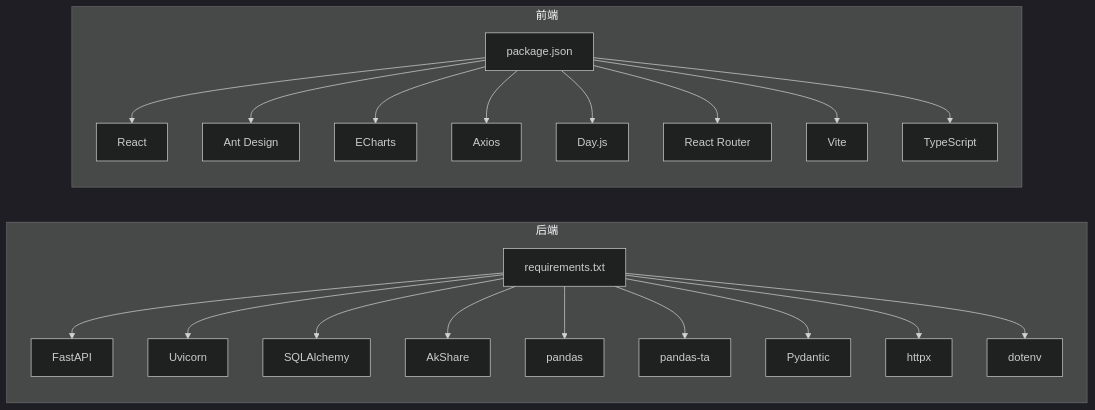
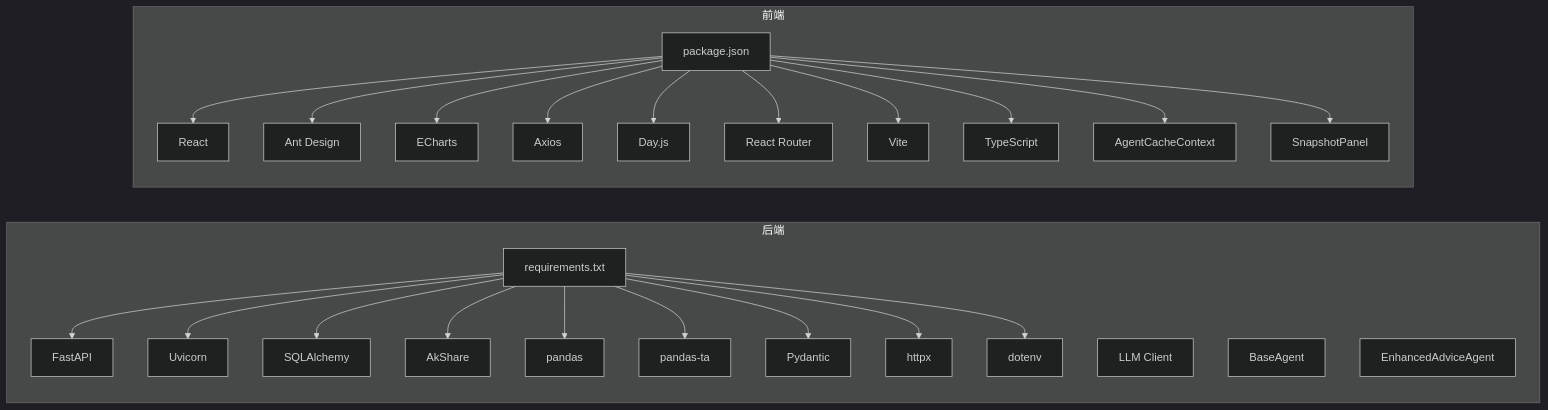
The fifth of 5 diagrams in .qoder/repowiki/zh/content/开发指南/开发指南.md (Moruime/stock_foker), drawn with Mermaid (dark theme) before and after one commit. The commit also changed other lines of this file and 52 other files, not shown here.

````diff
--- a/.qoder/repowiki/zh/content/开发指南/开发指南.md
+++ b/.qoder/repowiki/zh/content/开发指南/开发指南.md
@@ -362,43 +478,50 @@
 ```mermaid
 graph LR
 subgraph "后端"
 REQ["requirements.txt"]
 FAST["FastAPI"]
 UV["Uvicorn"]
 SA["SQLAlchemy"]
 AK["AkShare"]
 PD["pandas"]
 PT["pandas-ta"]
 PY["Pydantic"]
 HT["httpx"]
 DV["dotenv"]
+LLMC["LLM Client"]
+BASEA["BaseAgent"]
+ENHA["EnhancedAdviceAgent"]
 end
 REQ --> FAST
 REQ --> UV
 REQ --> SA
 REQ --> AK
 REQ --> PD
 REQ --> PT
 REQ --> PY
 REQ --> HT
 REQ --> DV
 subgraph "前端"
 PKG["package.json"]
 REACT["React"]
 ANT["Ant Design"]
 ECH["ECharts"]
 AX["Axios"]
 DAY["Day.js"]
 RRD["React Router"]
 VITE["Vite"]
 TS["TypeScript"]
+ACC["AgentCacheContext"]
+SP["SnapshotPanel"]
 end
 PKG --> REACT
 PKG --> ANT
 PKG --> ECH
 PKG --> AX
 PKG --> DAY
 PKG --> RRD
 PKG --> VITE
 PKG --> TS
+PKG --> ACC
+PKG --> SP
 ```
````
